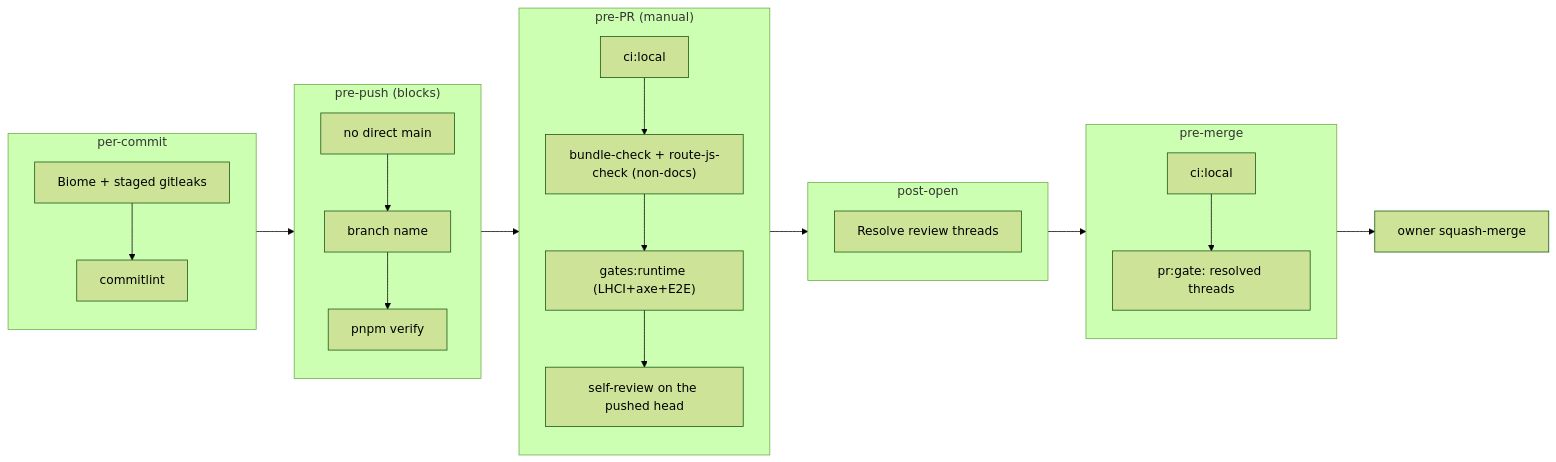
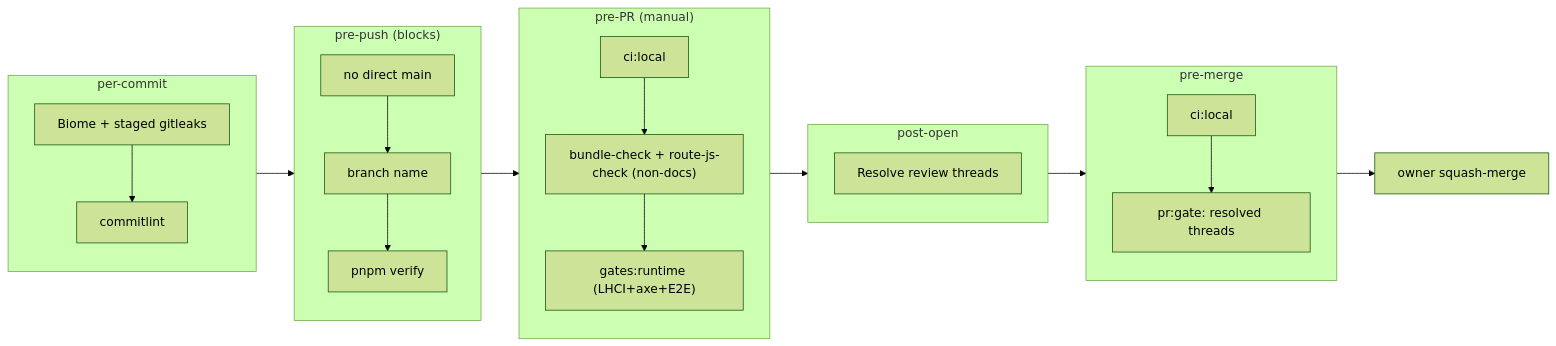
The second of 2 diagrams in docs/handbook/development-lifecycle.md (erikunha/portfolio), drawn with Mermaid (forest theme) before and after one commit. The commit also changed other lines of this file and 9 other files, not shown here.

Commit message:
docs(review): drop the pre-merge self-review rule from the repo docs

````diff
--- a/docs/handbook/development-lifecycle.md
+++ b/docs/handbook/development-lifecycle.md
@@ -102,19 +101,19 @@
 ```mermaid
 flowchart LR
     subgraph commit["per-commit"]
         g1["Biome + staged gitleaks"] --> g2["commitlint"]
     end
     subgraph prepush["pre-push (blocks)"]
         g3["no direct main"] --> g4["branch name"] --> g7["pnpm verify"]
     end
     subgraph prepr["pre-PR (manual)"]
-        g8["ci:local"] --> g9["bundle-check + route-js-check (non-docs)"] --> g11["gates:runtime (LHCI+axe+E2E)"] --> g12["self-review on the pushed head"]
+        g8["ci:local"] --> g9["bundle-check + route-js-check (non-docs)"] --> g11["gates:runtime (LHCI+axe+E2E)"]
     end
     subgraph open["post-open"]
         g13["Resolve review threads"]
     end
     subgraph premerge["pre-merge"]
         g15["ci:local"] --> g18["pr:gate: resolved threads"]
     end
     commit --> prepush --> prepr --> open --> premerge --> merge["owner squash-merge"]
 ```
````
